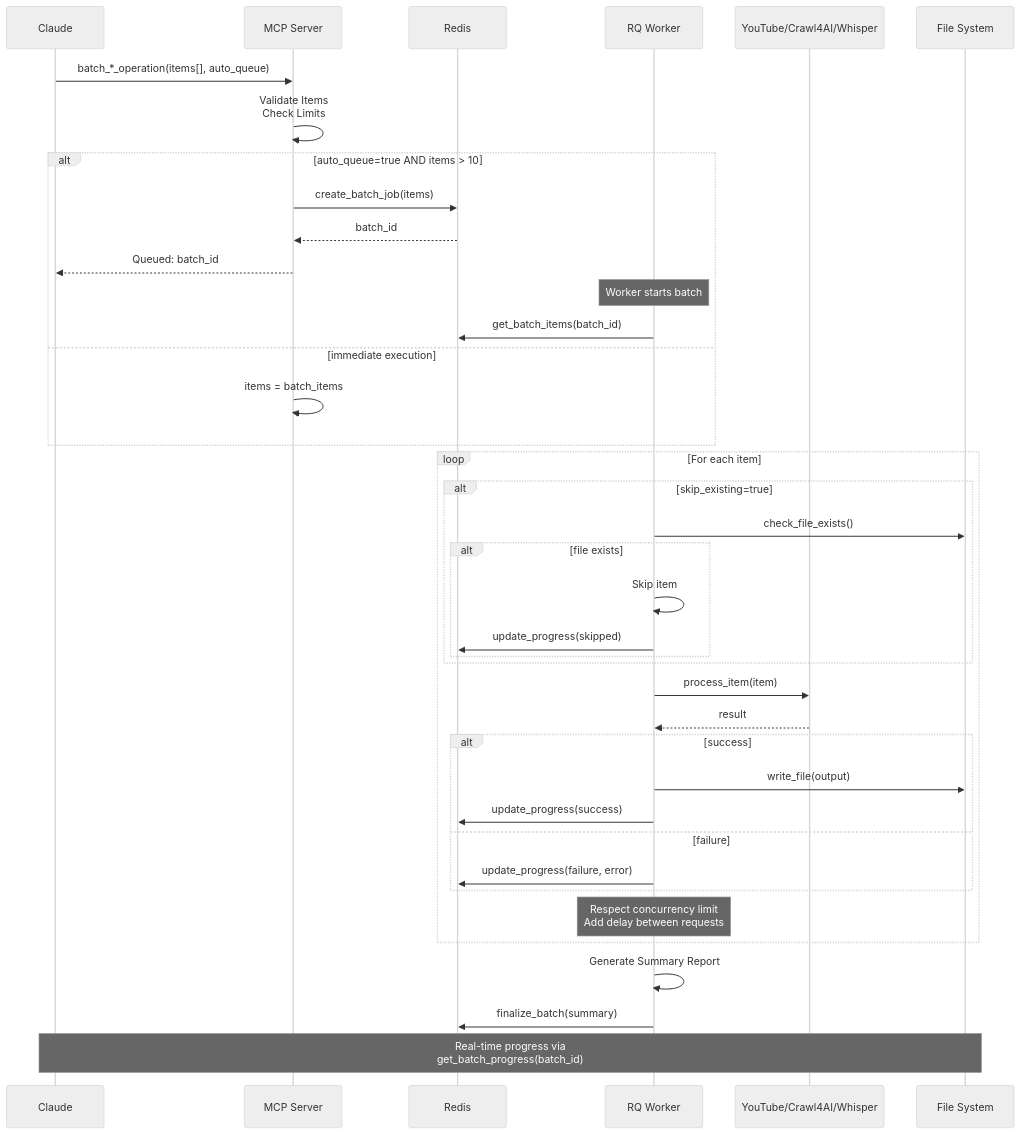
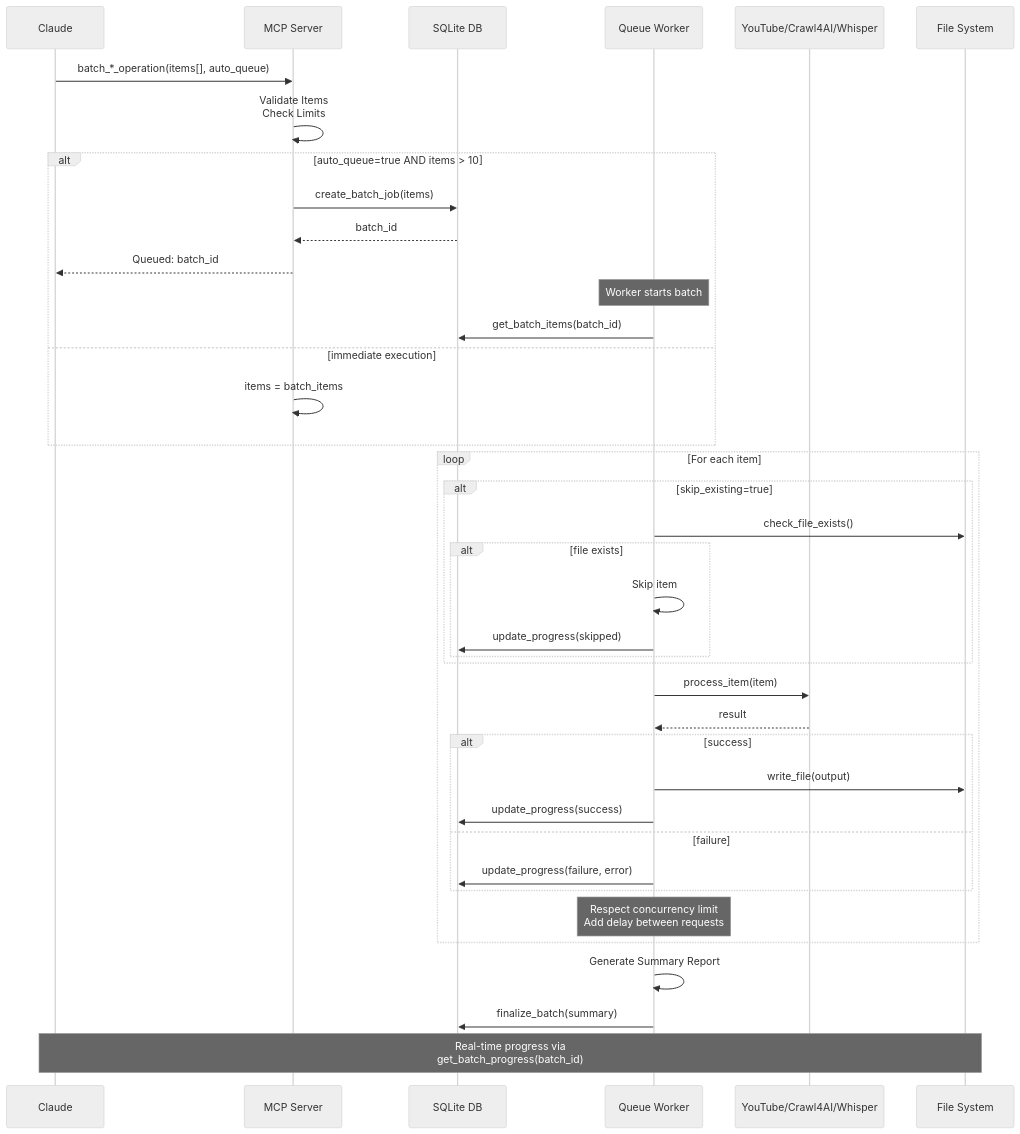
Before and after one commit to Enablement-Engineering/gobbler: the sixth of 9 diagrams in docs/ARCHITECTURE-VISUAL.md, drawn with Mermaid (neutral theme). The commit also changed other lines of this file, not shown here.

First line of the commit message:
docs: fix Architecture Visual Guide - Redis to SQLite

````diff
--- a/docs/ARCHITECTURE-VISUAL.md
+++ b/docs/ARCHITECTURE-VISUAL.md
@@ -250,51 +253,51 @@
 ```mermaid
 sequenceDiagram
     participant Claude
     participant MCP as MCP Server
-    participant Redis
-    participant RQ as RQ Worker
+    participant DB as SQLite DB
+    participant WK as Queue Worker
     participant Tools as YouTube/Crawl4AI/Whisper
     participant FS as File System
 
     Claude->>MCP: batch_*_operation(items[], auto_queue)
 
     MCP->>MCP: Validate Items<br/>Check Limits
 
     alt auto_queue=true AND items > 10
-        MCP->>Redis: create_batch_job(items)
-        Redis-->>MCP: batch_id
+        MCP->>DB: create_batch_job(items)
+        DB-->>MCP: batch_id
         MCP-->>Claude: Queued: batch_id
 
-        Note over RQ: Worker starts batch
-        RQ->>Redis: get_batch_items(batch_id)
+        Note over WK: Worker starts batch
+        WK->>DB: get_batch_items(batch_id)
     else immediate execution
         MCP->>MCP: items = batch_items
     end
 
     loop For each item
         alt skip_existing=true
-            RQ->>FS: check_file_exists()
+            WK->>FS: check_file_exists()
             alt file exists
-                RQ->>RQ: Skip item
-                RQ->>Redis: update_progress(skipped)
+                WK->>WK: Skip item
+                WK->>DB: update_progress(skipped)
             end
         end
 
-        RQ->>Tools: process_item(item)
-        Tools-->>RQ: result
+        WK->>Tools: process_item(item)
+        Tools-->>WK: result
 
         alt success
-            RQ->>FS: write_file(output)
-            RQ->>Redis: update_progress(success)
+            WK->>FS: write_file(output)
+            WK->>DB: update_progress(success)
         else failure
-            RQ->>Redis: update_progress(failure, error)
+            WK->>DB: update_progress(failure, error)
         end
 
-        Note over RQ: Respect concurrency limit<br/>Add delay between requests
+        Note over WK: Respect concurrency limit<br/>Add delay between requests
     end
 
-    RQ->>RQ: Generate Summary Report
-    RQ->>Redis: finalize_batch(summary)
+    WK->>WK: Generate Summary Report
+    WK->>DB: finalize_batch(summary)
 
     Note over Claude,FS: Real-time progress via<br/>get_batch_progress(batch_id)
 ```
````
